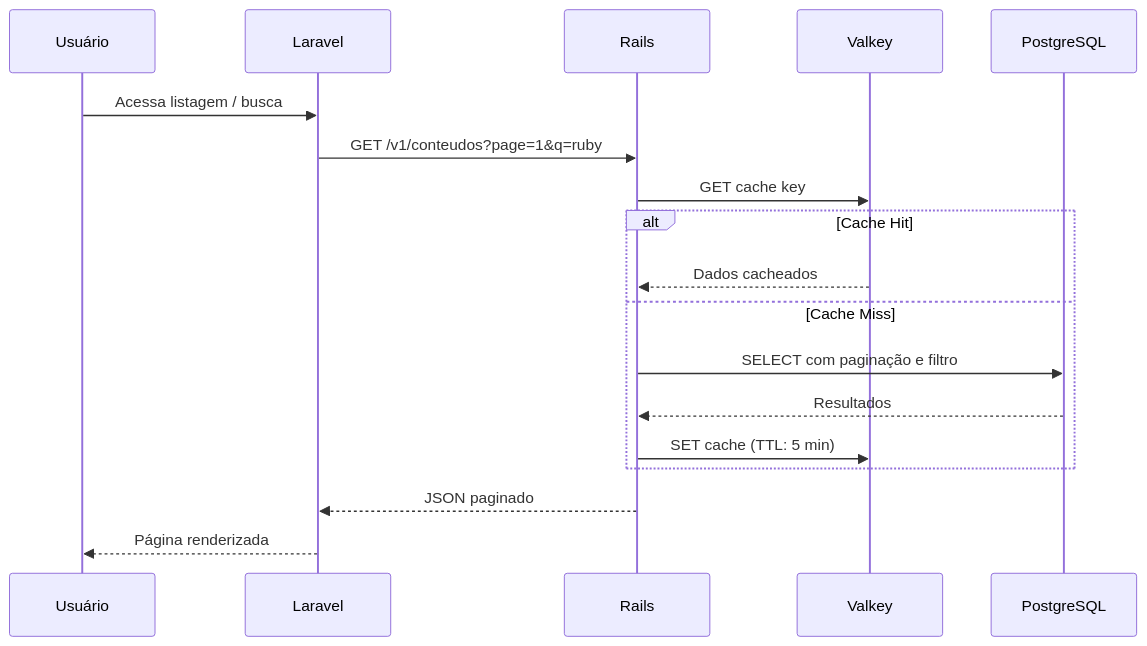
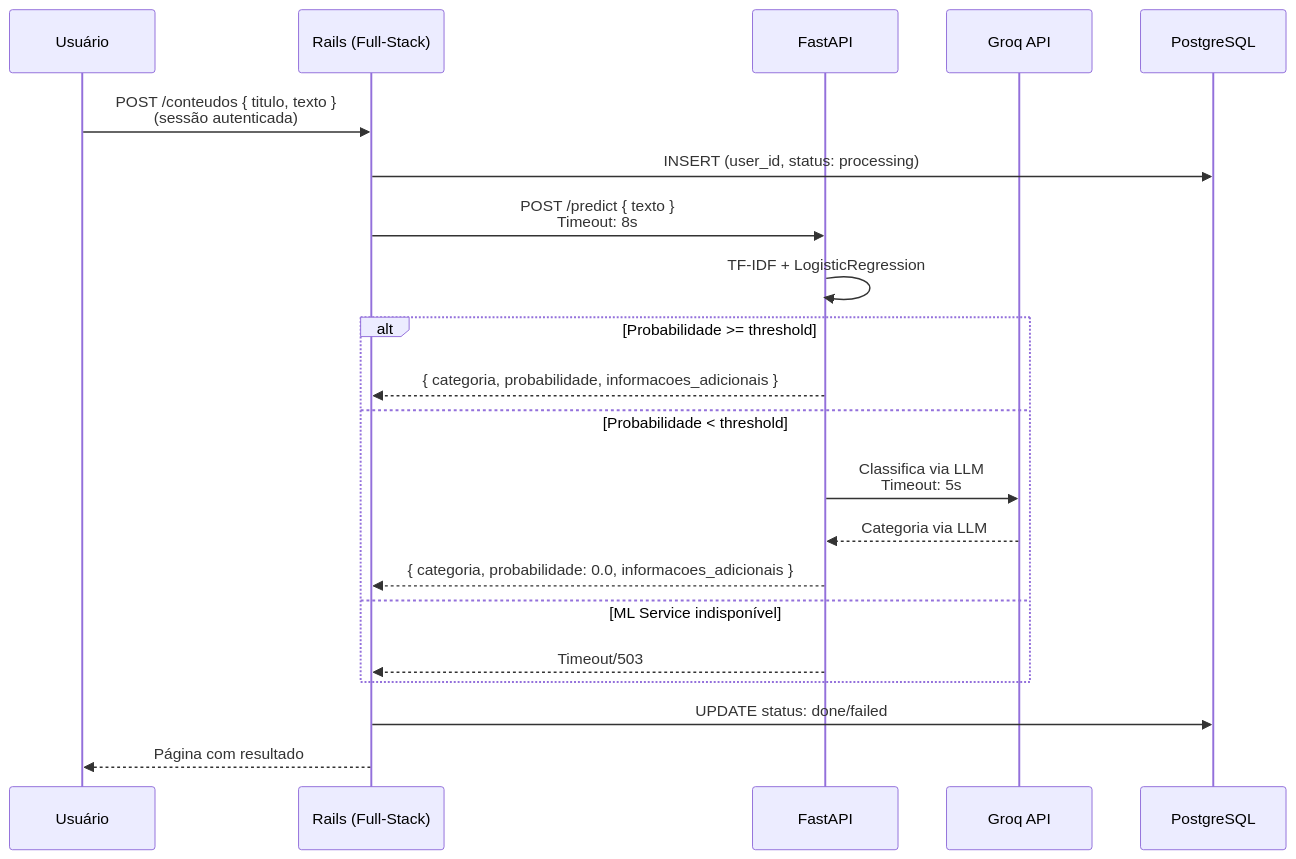
One commit to DessimA/tech-mind changed the fourth of 4 diagrams in docs/03-arquitetura.md. Above: the diagram before and after it, drawn with Mermaid. The commit also changed other lines of this file and 115 other files, not shown here.

````diff
--- a/docs/03-arquitetura.md
+++ b/docs/03-arquitetura.md
@@ -116,23 +85,28 @@
 ```mermaid
 sequenceDiagram
     participant U as Usuário
-    participant FE as Laravel
-    participant BE as Rails
-    participant VK as Valkey
+    participant Rails as Rails (Full-Stack)
+    participant ML as FastAPI
+    participant Groq as Groq API
     participant DB as PostgreSQL
 
-    U->>FE: Acessa listagem / busca
-    FE->>BE: GET /v1/conteudos?page=1&q=ruby
-    BE->>VK: GET cache key
-
-    alt Cache Hit
-        VK-->>BE: Dados cacheados
-    else Cache Miss
-        BE->>DB: SELECT com paginação e filtro
-        DB-->>BE: Resultados
-        BE->>VK: SET cache (TTL: 5 min)
+    U->>Rails: POST /conteudos { titulo, texto }<br/>(sessão autenticada)
+    Rails->>DB: INSERT (user_id, status: processing)
+    
+    Rails->>ML: POST /predict { texto }<br/>Timeout: 8s
+    
+    ML->>ML: TF-IDF + LogisticRegression
+    
+    alt Probabilidade >= threshold
+        ML-->>Rails: { categoria, probabilidade, informacoes_adicionais }
+    else Probabilidade < threshold
+        ML->>Groq: Classifica via LLM<br/>Timeout: 5s
+        Groq-->>ML: Categoria via LLM
+        ML-->>Rails: { categoria, probabilidade: 0.0, informacoes_adicionais }
+    else ML Service indisponível
+        ML-->>Rails: Timeout/503
     end
-
-    BE-->>FE: JSON paginado
-    FE-->>U: Página renderizada
+    
+    Rails->>DB: UPDATE status: done/failed
+    Rails-->>U: Página com resultado
 ```
````
